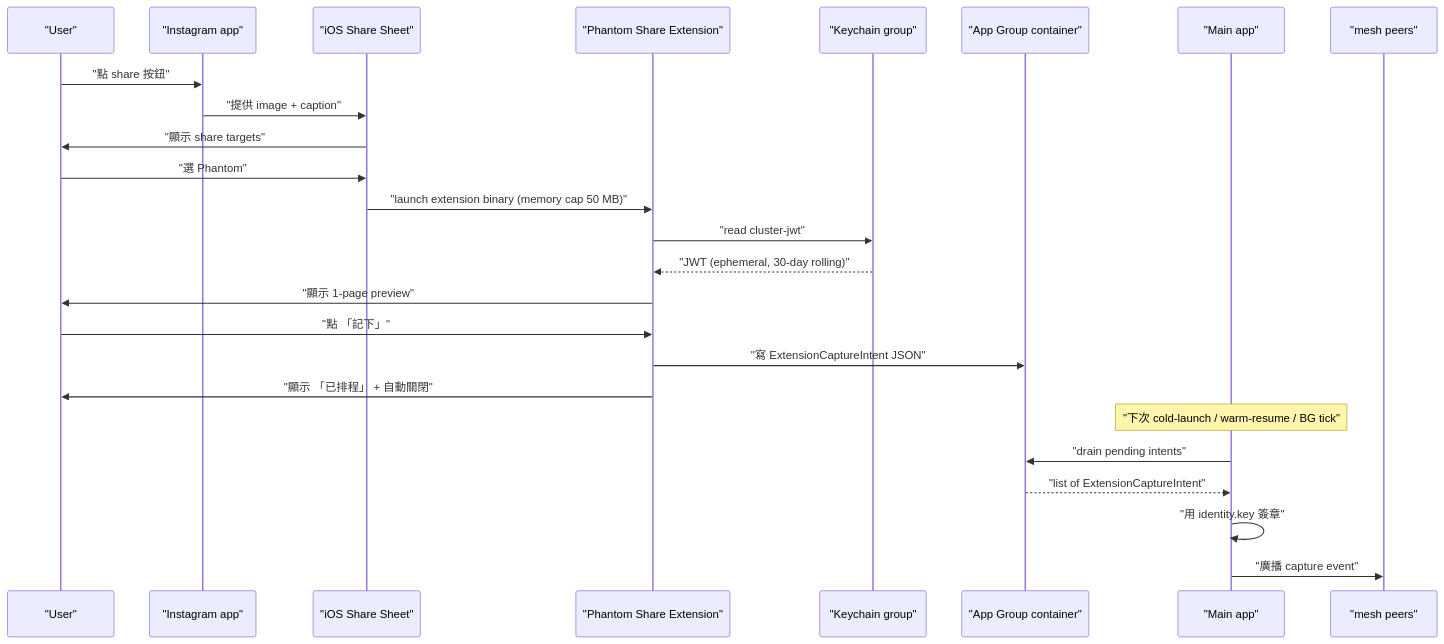
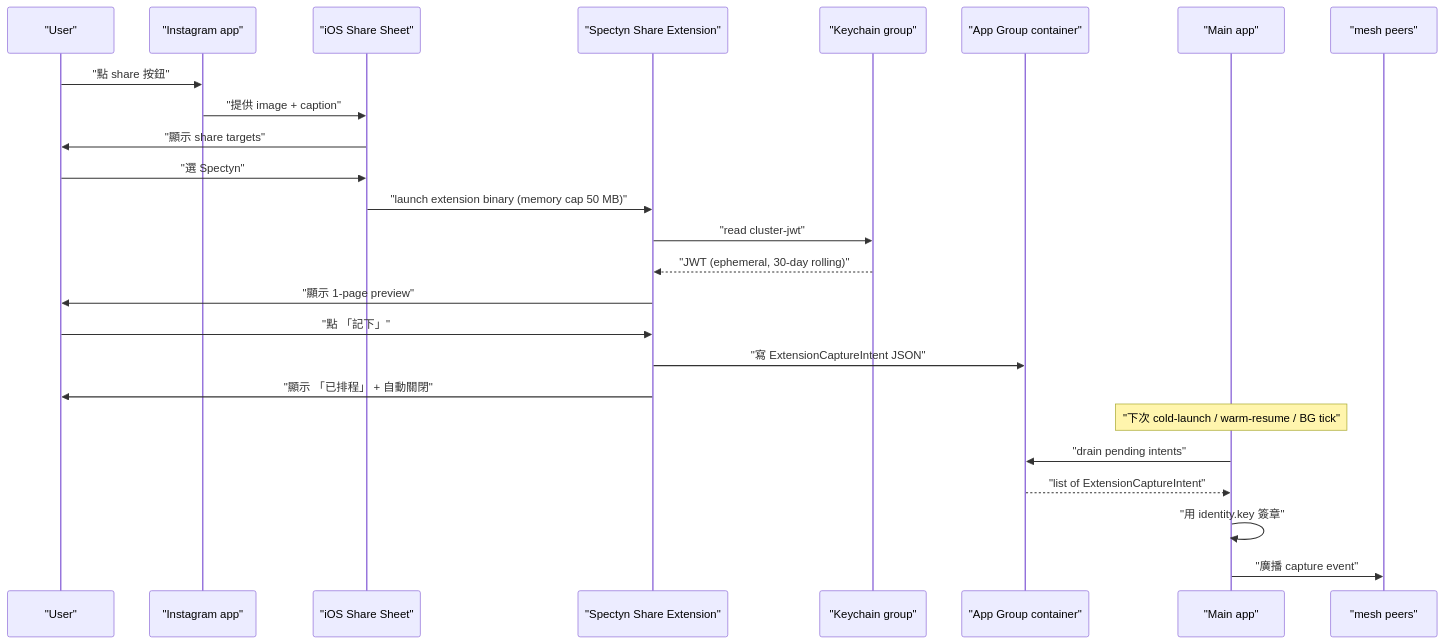
Before and after one commit to markl-a/phantom-mesh: the second of 4 diagrams in docs/spec/history/2026-05-30/deferred/SPEC-74-EXP-extensions-share-widget.md, drawn with Mermaid. The commit also changed other lines of this file and 1245 other files, not shown here.

First line of the commit message:
rename: phantom -> spectyn across the public tree

````diff
--- a/docs/spec/history/2026-05-30/deferred/SPEC-74-EXP-extensions-share-widget.md
+++ b/docs/spec/history/2026-05-30/deferred/SPEC-74-EXP-extensions-share-widget.md
@@ -218,28 +218,28 @@
 ```mermaid
 sequenceDiagram
     participant User as "User"
     participant IG as "Instagram app"
     participant SS as "iOS Share Sheet"
-    participant Ext as "Phantom Share Extension"
+    participant Ext as "Spectyn Share Extension"
     participant KC as "Keychain group"
     participant Cont as "App Group container"
     participant Main as "Main app"
     participant Mesh as "mesh peers"
 
     User->>IG: "點 share 按鈕"
     IG->>SS: "提供 image + caption"
     SS->>User: "顯示 share targets"
-    User->>SS: "選 Phantom"
+    User->>SS: "選 Spectyn"
     SS->>Ext: "launch extension binary (memory cap 50 MB)"
     Ext->>KC: "read cluster-jwt"
     KC-->>Ext: "JWT (ephemeral, 30-day rolling)"
     Ext->>User: "顯示 1-page preview"
     User->>Ext: "點 「記下」"
     Ext->>Cont: "寫 ExtensionCaptureIntent JSON"
     Ext->>User: "顯示 「已排程」 + 自動關閉"
     Note over Main: "下次 cold-launch / warm-resume / BG tick"
     Main->>Cont: "drain pending intents"
     Cont-->>Main: "list of ExtensionCaptureIntent"
     Main->>Main: "用 identity.key 簽章"
     Main->>Mesh: "廣播 capture event"
 ```
````
